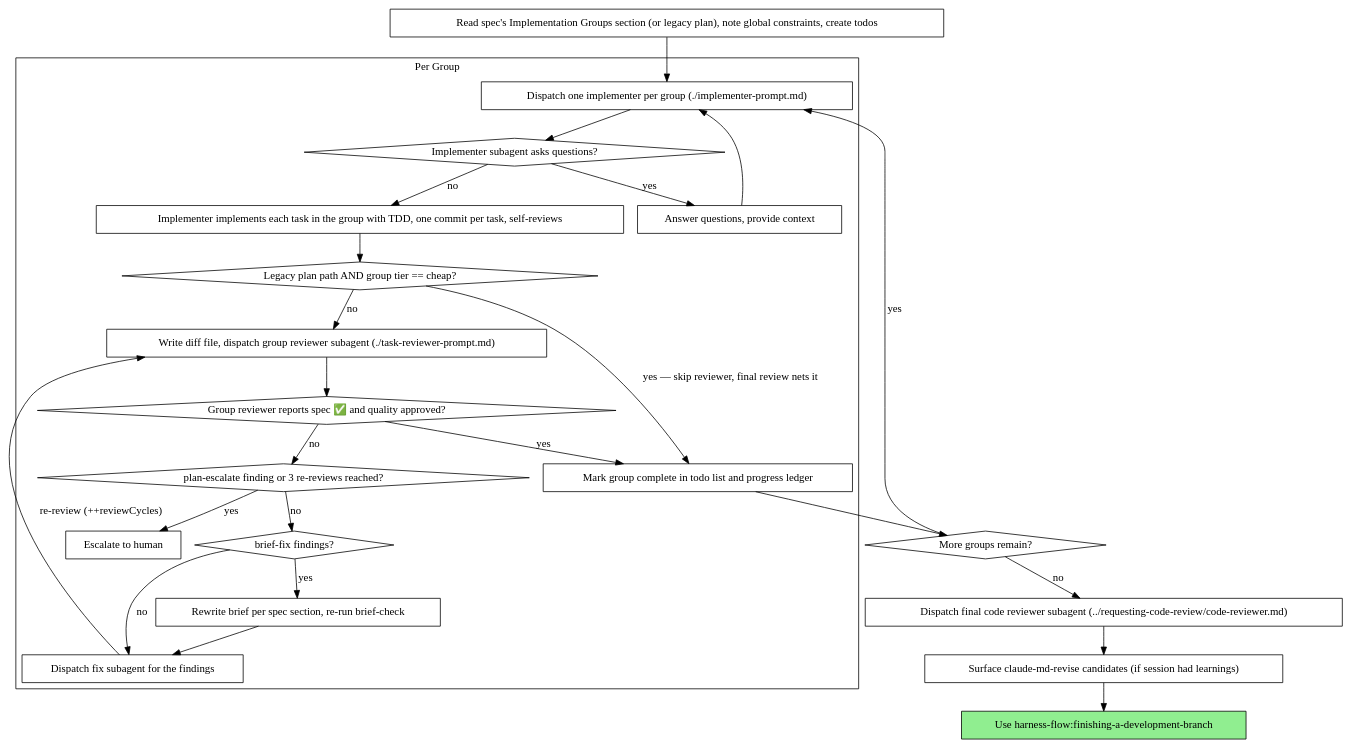
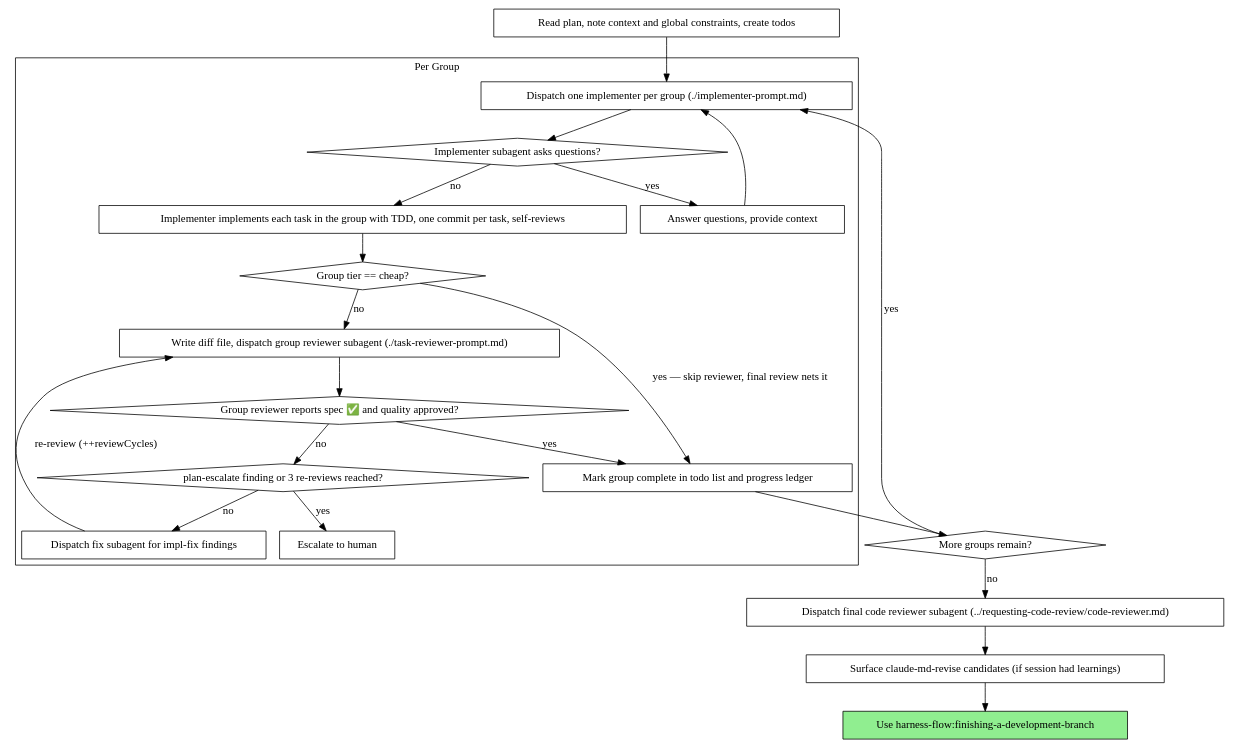
One commit to wonjinsin/harness-flow changed the second of 2 diagrams in skills/subagent-driven-development/SKILL.md. Above: the diagram before and after it, drawn with Graphviz. The commit also changed other lines of this file and 13 other files, not shown here.

````diff
--- a/skills/subagent-driven-development/SKILL.md
+++ b/skills/subagent-driven-development/SKILL.md
@@ -58,51 +56,46 @@
 ```dot
 digraph process {
     rankdir=TB;
 
     subgraph cluster_per_group {
         label="Per Group";
         "Dispatch one implementer per group (./implementer-prompt.md)" [shape=box];
         "Implementer subagent asks questions?" [shape=diamond];
         "Answer questions, provide context" [shape=box];
         "Implementer implements each task in the group with TDD, one commit per task, self-reviews" [shape=box];
-        "Legacy plan path AND group tier == cheap?" [shape=diamond];
+        "Group tier == cheap?" [shape=diamond];
         "Write diff file, dispatch group reviewer subagent (./task-reviewer-prompt.md)" [shape=box];
         "Group reviewer reports spec ✅ and quality approved?" [shape=diamond];
         "plan-escalate finding or 3 re-reviews reached?" [shape=diamond];
-        "brief-fix findings?" [shape=diamond];
-        "Rewrite brief per spec section, re-run brief-check" [shape=box];
         "Escalate to human" [shape=box];
-        "Dispatch fix subagent for the findings" [shape=box];
+        "Dispatch fix subagent for impl-fix findings" [shape=box];
         "Mark group complete in todo list and progress ledger" [shape=box];
     }
 
-    "Read spec's Implementation Groups section (or legacy plan), note global constraints, create todos" [shape=box];
+    "Read plan, note context and global constraints, create todos" [shape=box];
     "More groups remain?" [shape=diamond];
     "Dispatch final code reviewer subagent (../requesting-code-review/code-reviewer.md)" [shape=box];
     "Surface claude-md-revise candidates (if session had learnings)" [shape=box];
     "Use harness-flow:finishing-a-development-branch" [shape=box style=filled fillcolor=lightgreen];
 
-    "Read spec's Implementation Groups section (or legacy plan), note global constraints, create todos" -> "Dispatch one implementer per group (./implementer-prompt.md)";
+    "Read plan, note context and global constraints, create todos" -> "Dispatch one implementer per group (./implementer-prompt.md)";
     "Dispatch one implementer per group (./implementer-prompt.md)" -> "Implementer subagent asks questions?";
     "Implementer subagent asks questions?" -> "Answer questions, provide context" [label="yes"];
     "Answer questions, provide context" -> "Dispatch one implementer per group (./implementer-prompt.md)";
     "Implementer subagent asks questions?" -> "Implementer implements each task in the group with TDD, one commit per task, self-reviews" [label="no"];
-    "Implementer implements each task in the group with TDD, one commit per task, self-reviews" -> "Legacy plan path AND group tier == cheap?";
-    "Legacy plan path AND group tier == cheap?" -> "Mark group complete in todo list and progress ledger" [label="yes — skip reviewer, final review nets it"];
-    "Legacy plan path AND group tier == cheap?" -> "Write diff file, dispatch group reviewer subagent (./task-reviewer-prompt.md)" [label="no"];
+    "Implementer implements each task in the group with TDD, one commit per task, self-reviews" -> "Group tier == cheap?";
+    "Group tier == cheap?" -> "Mark group complete in todo list and progress ledger" [label="yes — skip reviewer, final review nets it"];
+    "Group tier == cheap?" -> "Write diff file, dispatch group reviewer subagent (./task-reviewer-prompt.md)" [label="no"];
     "Write diff file, dispatch group reviewer subagent (./task-reviewer-prompt.md)" -> "Group reviewer reports spec ✅ and quality approved?";
     "Group reviewer reports spec ✅ and quality approved?" -> "plan-escalate finding or 3 re-reviews reached?" [label="no"];
     "plan-escalate finding or 3 re-reviews reached?" -> "Escalate to human" [label="yes"];
-    "plan-escalate finding or 3 re-reviews reached?" -> "brief-fix findings?" [label="no"];
-    "brief-fix findings?" -> "Rewrite brief per spec section, re-run brief-check" [label="yes"];
-    "Rewrite brief per spec section, re-run brief-check" -> "Dispatch fix subagent for the findings";
-    "brief-fix findings?" -> "Dispatch fix subagent for the findings" [label="no"];
-    "Dispatch fix subagent for the findings" -> "Write diff file, dispatch group reviewer subagent (./task-reviewer-prompt.md)" [label="re-review (++reviewCycles)"];
+    "plan-escalate finding or 3 re-reviews reached?" -> "Dispatch fix subagent for impl-fix findings" [label="no"];
+    "Dispatch fix subagent for impl-fix findings" -> "Write diff file, dispatch group reviewer subagent (./task-reviewer-prompt.md)" [label="re-review (++reviewCycles)"];
     "Group reviewer reports spec ✅ and quality approved?" -> "Mark group complete in todo list and progress ledger" [label="yes"];
     "Mark group complete in todo list and progress ledger" -> "More groups remain?";
     "More groups remain?" -> "Dispatch one implementer per group (./implementer-prompt.md)" [label="yes"];
     "More groups remain?" -> "Dispatch final code reviewer subagent (../requesting-code-review/code-reviewer.md)" [label="no"];
     "Dispatch final code reviewer subagent (../requesting-code-review/code-reviewer.md)" -> "Surface claude-md-revise candidates (if session had learnings)";
     "Surface claude-md-revise candidates (if session had learnings)" -> "Use harness-flow:finishing-a-development-branch";
 }
 ```
````
